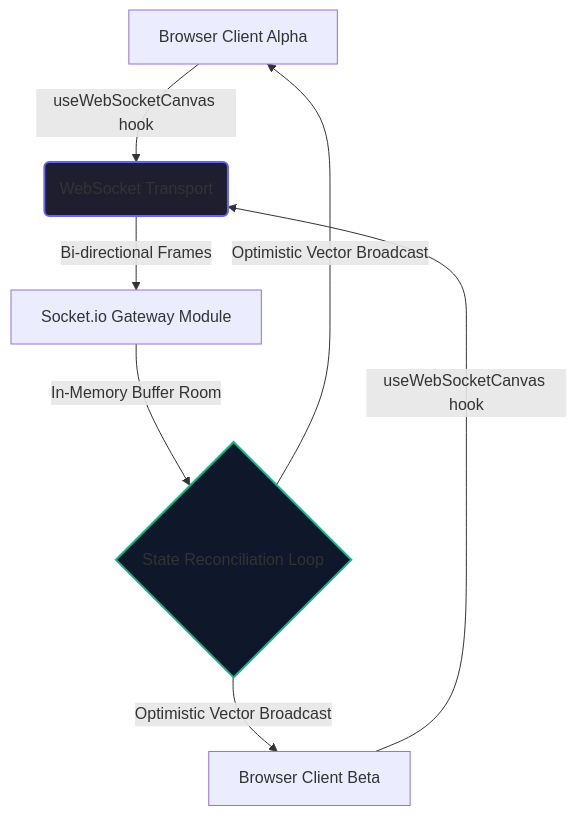
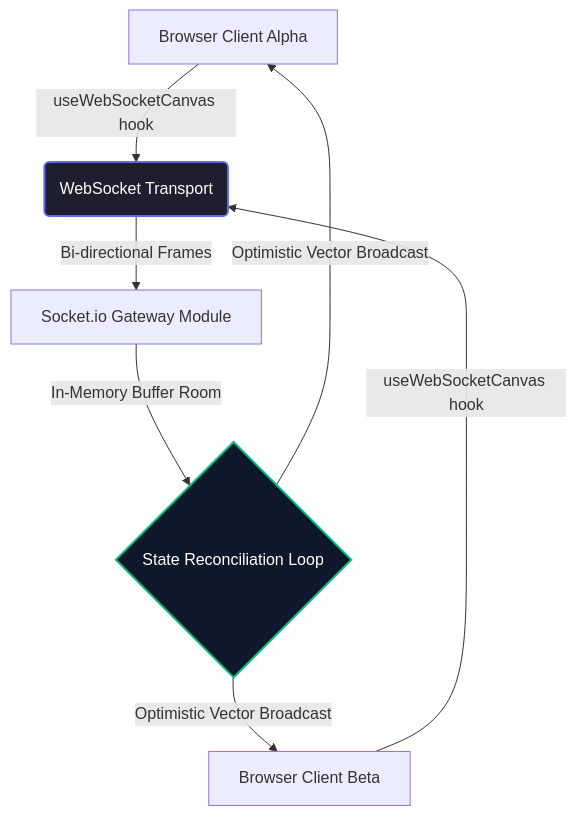
The diagram in README.md (Jolaboy/canvas-sync-engine), drawn with Mermaid before and after one commit.

Commit message:
Fix invisible Mermaid node labels in Architecture Topology

````diff
--- a/README.md
+++ b/README.md
@@ -26,12 +26,12 @@
 ```mermaid
 graph TD
     A[Browser Client Alpha] -->|useWebSocketCanvas hook| B(WebSocket Transport)
     C[Browser Client Beta] -->|useWebSocketCanvas hook| B
     B -->|Bi-directional Frames| D[Socket.io Gateway Module]
     D -->|In-Memory Buffer Room| E{State Reconciliation Loop}
     E -->|Optimistic Vector Broadcast| A
     E -->|Optimistic Vector Broadcast| C
 
-    style B fill:#1e1e2f,stroke:#6366f1,stroke-width:2px
-    style E fill:#0f172a,stroke:#10b981,stroke-width:2px
+    style B fill:#1e1e2f,stroke:#6366f1,stroke-width:2px,color:#ffffff
+    style E fill:#0f172a,stroke:#10b981,stroke-width:2px,color:#ffffff
 ```
````
